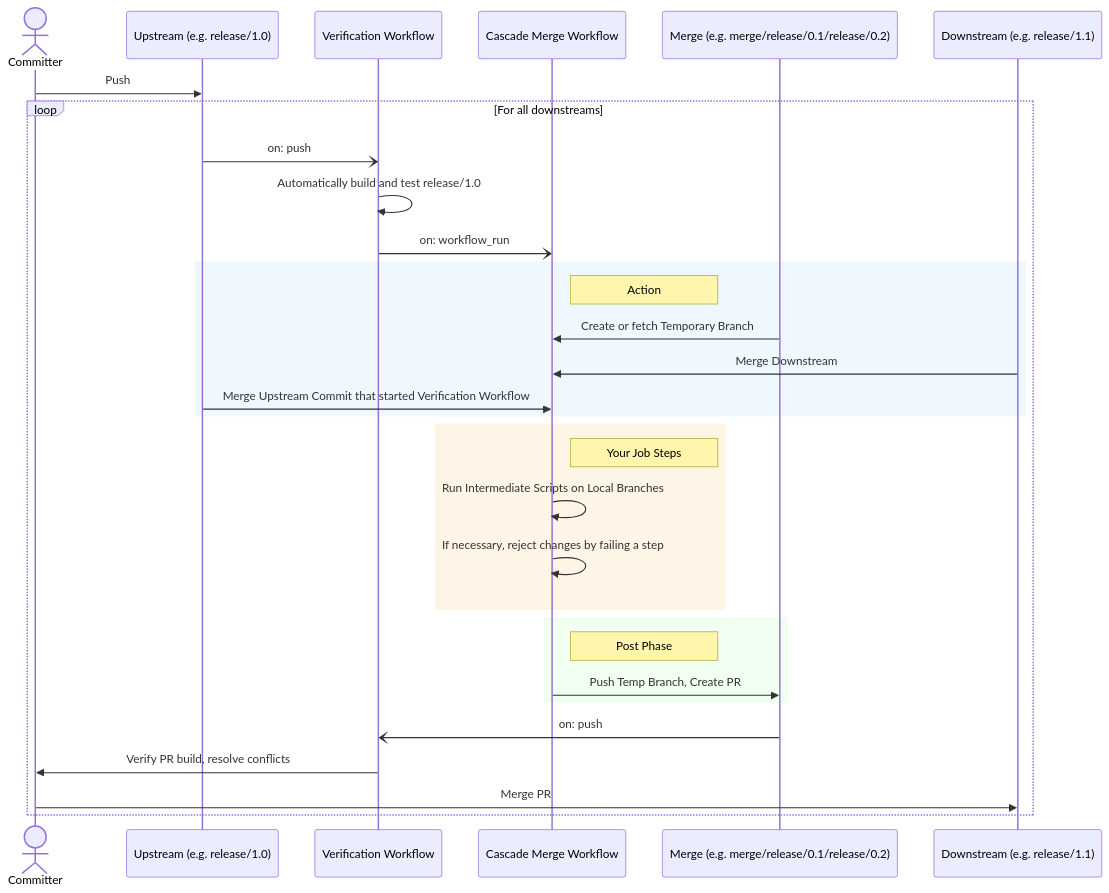
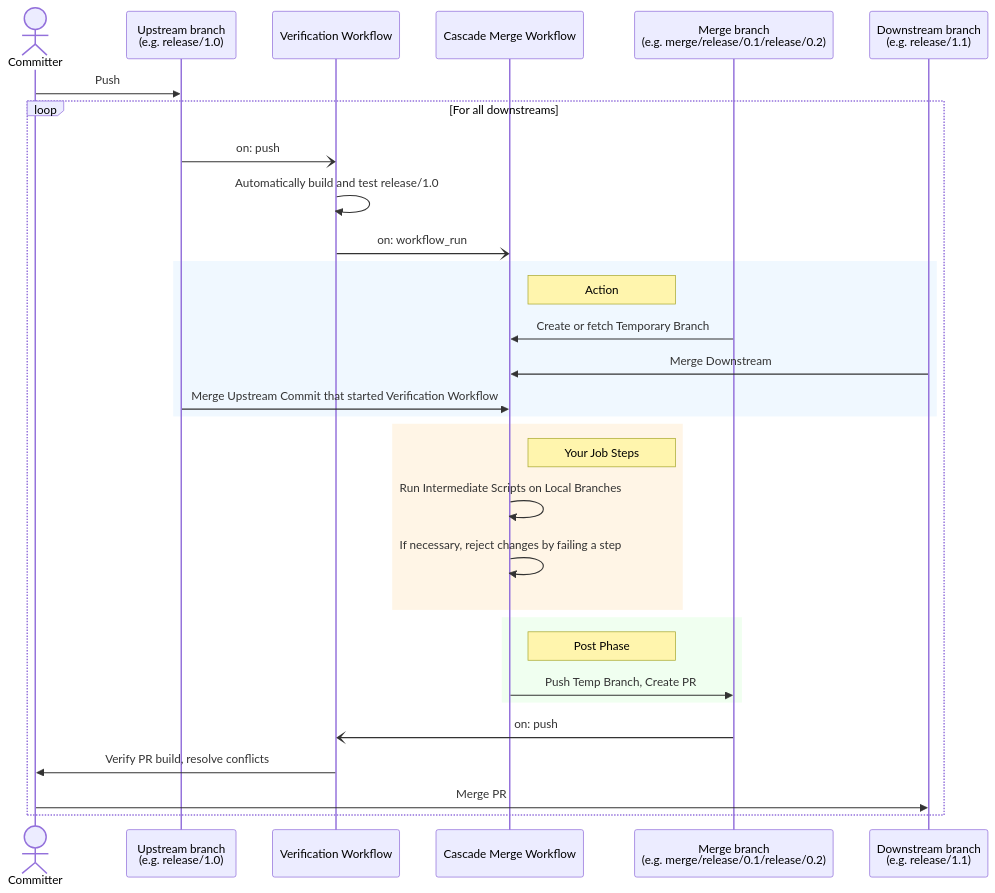
One commit to basilevs/cascade-merge changed the diagram in README.md. Above: the diagram before and after it, drawn with Mermaid.

Commit message:
Participant line breaks

````diff
--- a/README.md
+++ b/README.md
@@ -20,39 +20,39 @@
 ```mermaid
 sequenceDiagram
     actor C as Committer
-    participant U as Upstream (e.g. release/1.0)
+    participant U as Upstream branch <br> (e.g. release/1.0)
     participant GH as Verification Workflow
     participant A as Cascade Merge Workflow
-    participant M as Merge (e.g. merge/release/0.1/release/0.2)
-    participant D as Downstream (e.g. release/1.1)
+    participant M as Merge branch <br> (e.g. merge/release/0.1/release/0.2)
+    participant D as Downstream branch<br>(e.g. release/1.1)
 
     C->>U: Push
     loop For all downstreams
     U-)GH: on: push
     GH->>GH: Automatically build and test release/1.0
     GH-)A: on: workflow_run
     
 
     rect rgb(240, 248, 255)
         note right of A: Action
         M->>A: Create or fetch Temporary Branch
         D->>A: Merge Downstream
         U->>A: Merge Upstream Commit that started Verification Workflow
     end
     
     rect rgb(255, 245, 230)
         note right of A: Your Job Steps
         A->>A: Run Intermediate Scripts on Local Branches
         A->>A: If necessary, reject changes by failing a step
     end
     
     rect rgb(240, 255, 240)
         note right of A: Post Phase
         A->>M: Push Temp Branch, Create PR
     end
     M-)GH: on: push
 
     GH->>C: Verify PR build, resolve conflicts
     C->>D: Merge PR
     end
 ```
````
